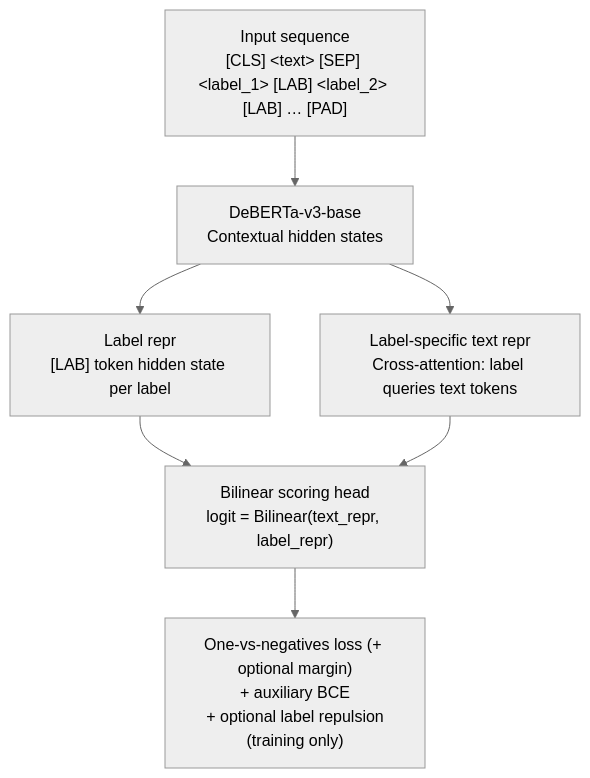
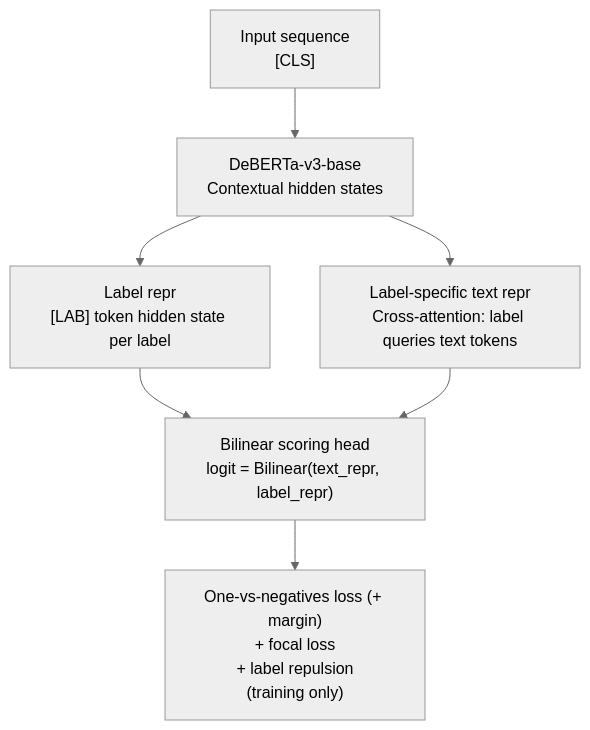
One commit to KameniAlexNea/zero-shot-classification changed the diagram in reports/model_card.md. Above: the diagram before and after it, drawn with Mermaid (neutral theme). The commit also changed other lines of this file and 3 other files, not shown here.

````diff
--- a/reports/model_card.md
+++ b/reports/model_card.md
@@ -50,10 +49,10 @@
 ```mermaid
 flowchart TD
-    A["Input sequence\n[CLS] &lt;text&gt; [SEP] &lt;label_1&gt; [LAB] &lt;label_2&gt; [LAB] … [PAD]"]
+    A["Input sequence\n[CLS] <text> [SEP] <label_1> [LAB] <label_2> [LAB] … [PAD]"]
     A --> B["DeBERTa-v3-base\nContextual hidden states"]
     B --> C["Label repr\n[LAB] token hidden state per label"]
     B --> D["Label-specific text repr\nCross-attention: label queries text tokens"]
     C --> E["Bilinear scoring head\nlogit = Bilinear(text_repr, label_repr)"]
     D --> E
-    E --> F["One-vs-negatives loss (+ optional margin)\n+ auxiliary BCE\n+ optional label repulsion\n(training only)"]
+    E --> F["One-vs-negatives loss (+ margin)\n+ focal loss\n+ label repulsion\n(training only)"]
 ```
````
